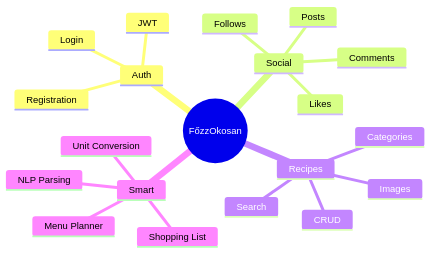
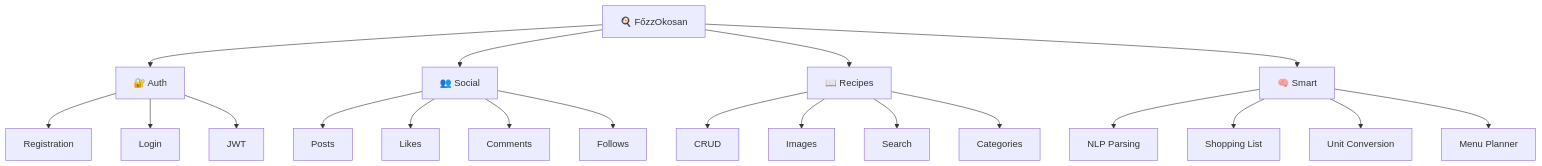
One commit to zkaskoo/F-zzOkosan changed the diagram in FozzOkosan-Obsidian/Features.md. Above: the diagram before and after it, drawn with Mermaid.

Commit message:
Fix mermaid diagram - change mindmap to flowchart
GitHub doesn't render mindmap properly, flowchart works better

````diff
--- a/FozzOkosan-Obsidian/Features.md
+++ b/FozzOkosan-Obsidian/Features.md
@@ -9,23 +9,26 @@
 ```mermaid
-mindmap
-  root((FőzzOkosan))
-    Auth
-      Registration
-      Login
-      JWT
-    Social
-      Posts
-      Likes
-      Comments
-      Follows
-    Recipes
-      CRUD
-      Images
-      Search
-      Categories
-    Smart
-      NLP Parsing
-      Shopping List
-      Unit Conversion
-      Menu Planner
+flowchart TD
+    A[🍳 FőzzOkosan] --> B[🔐 Auth]
+    A --> C[👥 Social]
+    A --> D[📖 Recipes]
+    A --> E[🧠 Smart]
+
+    B --> B1[Registration]
+    B --> B2[Login]
+    B --> B3[JWT]
+
+    C --> C1[Posts]
+    C --> C2[Likes]
+    C --> C3[Comments]
+    C --> C4[Follows]
+
+    D --> D1[CRUD]
+    D --> D2[Images]
+    D --> D3[Search]
+    D --> D4[Categories]
+
+    E --> E1[NLP Parsing]
+    E --> E2[Shopping List]
+    E --> E3[Unit Conversion]
+    E --> E4[Menu Planner]
 ```
````
